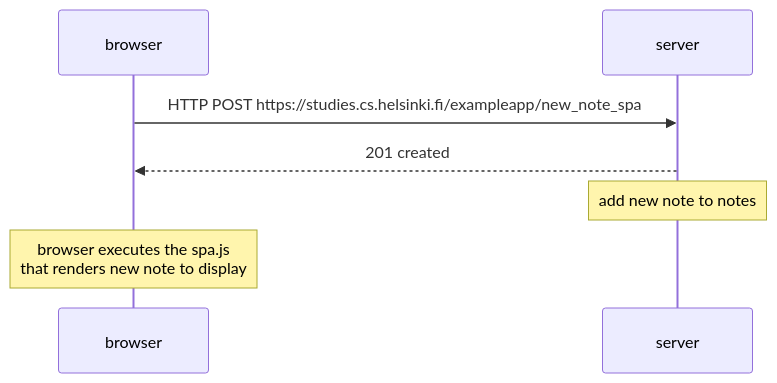
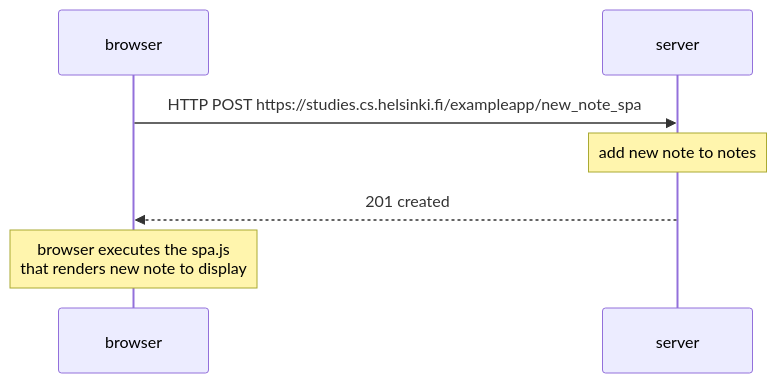
Before and after one commit to gutunn/fullstackopen: the diagram in part0/0.5.md, drawn with Mermaid. The commit also changed other lines of this file, not shown here.

Commit message:
change note sequence

````diff
--- a/part0/0.5.md
+++ b/part0/0.5.md
@@ -1,7 +1,7 @@
 ```mermaid
 sequenceDiagram
 browser->>server: HTTP POST https://studies.cs.helsinki.fi/exampleapp/new_note_spa
+note over server: add new note to notes
 server-->>browser: 201 created
-note over server: add new note to notes
 note over browser:browser executes the spa.js <br> that renders new note to display
 ```
````
